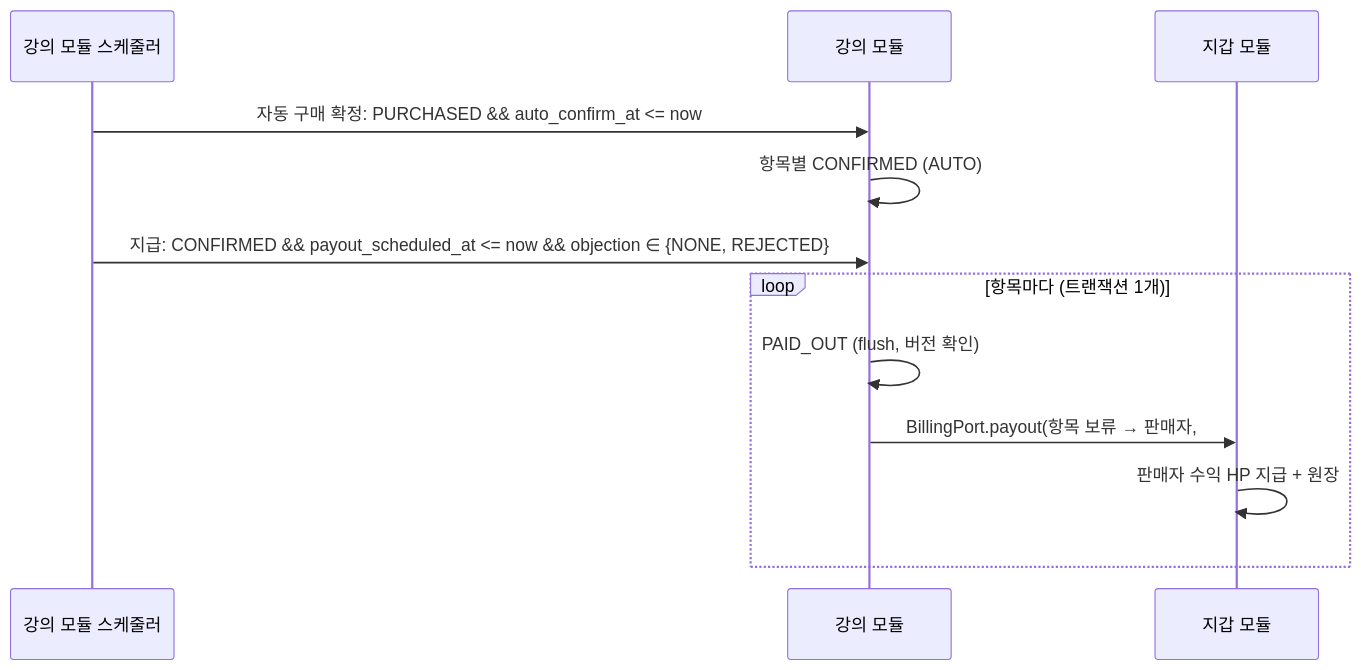
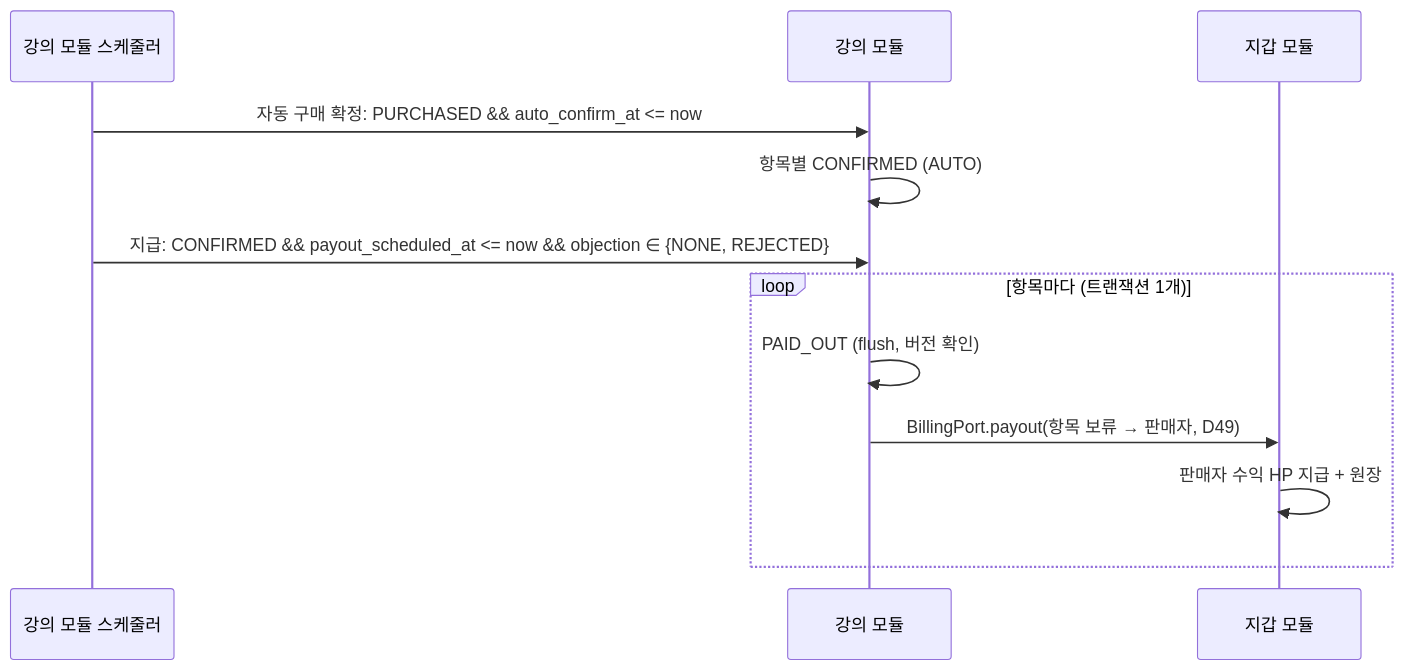
The seventh of 9 diagrams in docs/design/lecture-module.md (prgrms-be-adv-devcourse/beadv8_8_LMS_BE), drawn with Mermaid before and after one commit. The commit also changed other lines of this file and 21 other files, not shown here.

````diff
--- a/docs/design/lecture-module.md
+++ b/docs/design/lecture-module.md
@@ -444,14 +444,14 @@
 ```mermaid
 sequenceDiagram
     participant SCH as 강의 모듈 스케줄러
     participant LEC as 강의 모듈
     participant WAL as 지갑 모듈
     SCH->>LEC: 자동 구매 확정: PURCHASED && auto_confirm_at <= now
     LEC->>LEC: 항목별 CONFIRMED (AUTO)
     SCH->>LEC: 지급: CONFIRMED && payout_scheduled_at <= now && objection ∈ {NONE, REJECTED}
     loop 항목마다 (트랜잭션 1개)
         LEC->>LEC: PAID_OUT (flush, 버전 확인)
-        LEC->>WAL: BillingPort.payout(항목 보류 → 판매자, #150)
+        LEC->>WAL: BillingPort.payout(항목 보류 → 판매자, D49)
         WAL->>WAL: 판매자 수익 HP 지급 + 원장
     end
 ```
````
